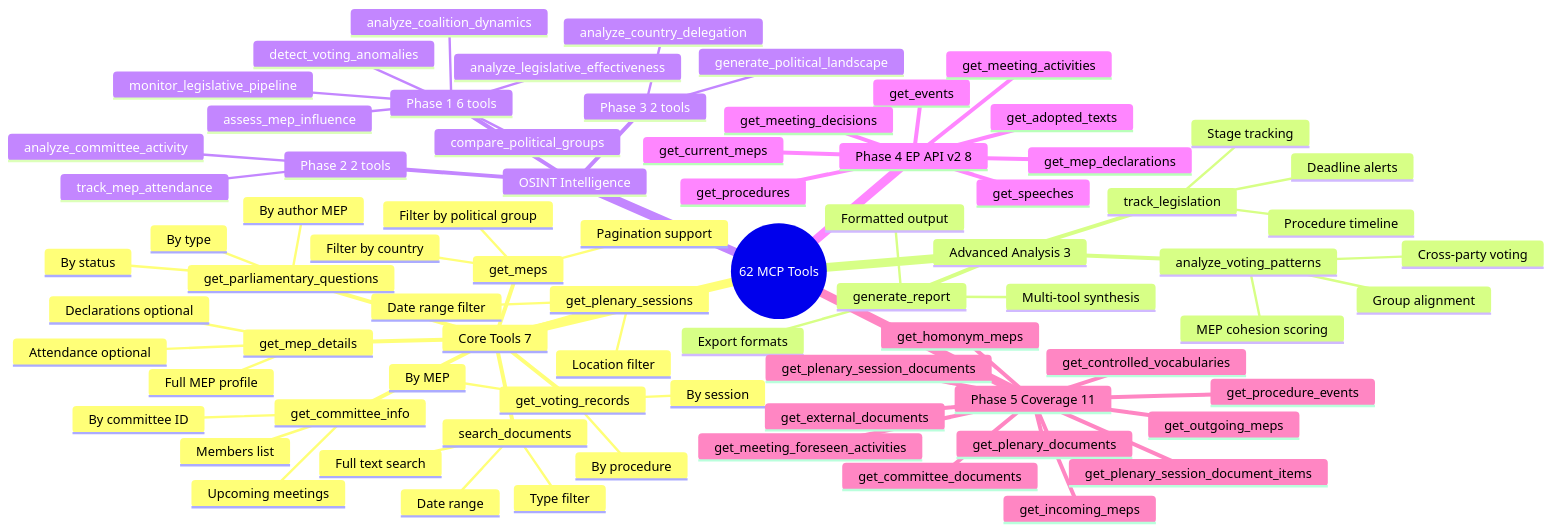
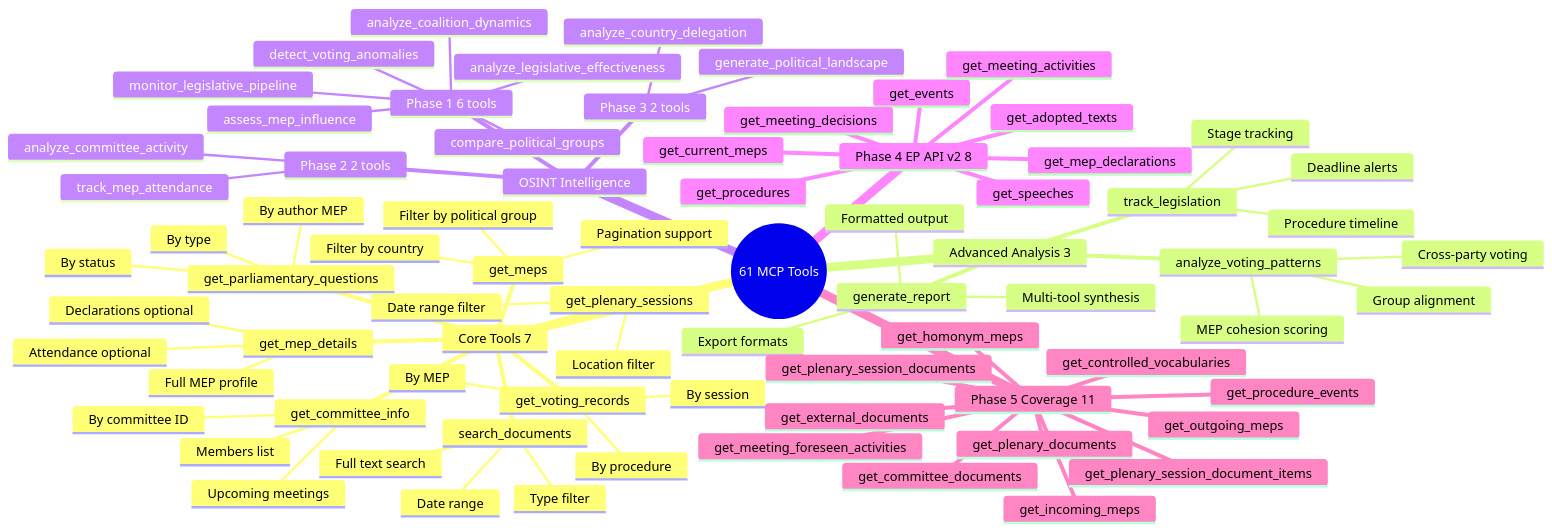
The third of 5 diagrams in MINDMAP.md (Hack23/European-Parliament-MCP-Server), drawn with Mermaid before and after one commit. The commit also changed other lines of this file and 15 other files, not shown here.

Commit message:
docs: fix tool count 62→61 (correct actual withCategory invocations), fix component diagram with feed tools

````diff
--- a/MINDMAP.md
+++ b/MINDMAP.md
@@ -226,80 +226,80 @@
 ```mermaid
 mindmap
-  root((62 MCP Tools))
+  root((61 MCP Tools))
     Core Tools 7
       get_meps
         Filter by country
         Filter by political group
         Pagination support
       get_mep_details
         Full MEP profile
         Declarations optional
         Attendance optional
       get_plenary_sessions
         Date range filter
         Location filter
       get_voting_records
         By procedure
         By session
         By MEP
       search_documents
         Full text search
         Type filter
         Date range
       get_committee_info
         By committee ID
         Members list
         Upcoming meetings
       get_parliamentary_questions
         By author MEP
         By type
         By status
     Advanced Analysis 3
       analyze_voting_patterns
         MEP cohesion scoring
         Group alignment
         Cross-party voting
       track_legislation
         Procedure timeline
         Stage tracking
         Deadline alerts
       generate_report
         Multi-tool synthesis
         Formatted output
         Export formats
     OSINT Intelligence
       Phase 1 6 tools
         assess_mep_influence
         analyze_coalition_dynamics
         detect_voting_anomalies
         compare_political_groups
         analyze_legislative_effectiveness
         monitor_legislative_pipeline
       Phase 2 2 tools
         analyze_committee_activity
         track_mep_attendance
       Phase 3 2 tools
         analyze_country_delegation
         generate_political_landscape
     Phase 4 EP API v2 8
       get_current_meps
       get_speeches
       get_procedures
       get_adopted_texts
       get_events
       get_meeting_activities
       get_meeting_decisions
       get_mep_declarations
     Phase 5 Coverage 11
       get_incoming_meps
       get_outgoing_meps
       get_homonym_meps
       get_plenary_documents
       get_committee_documents
       get_plenary_session_documents
       get_plenary_session_document_items
       get_controlled_vocabularies
       get_external_documents
       get_meeting_foreseen_activities
       get_procedure_events
 ```
````
